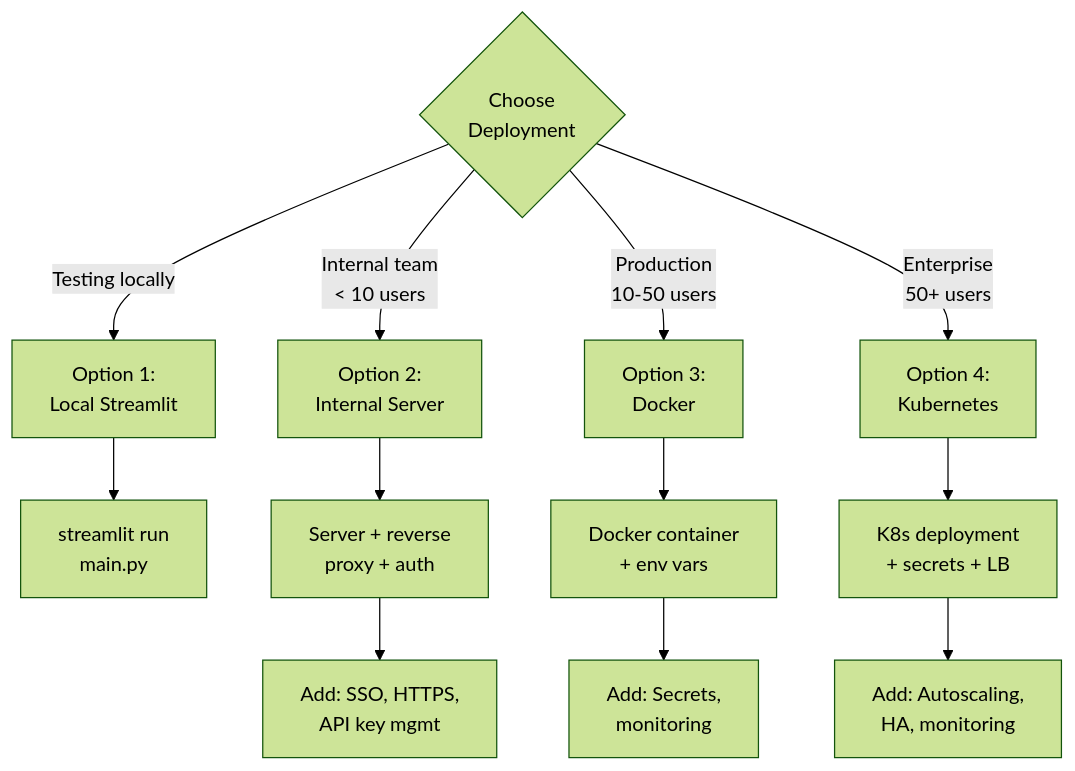
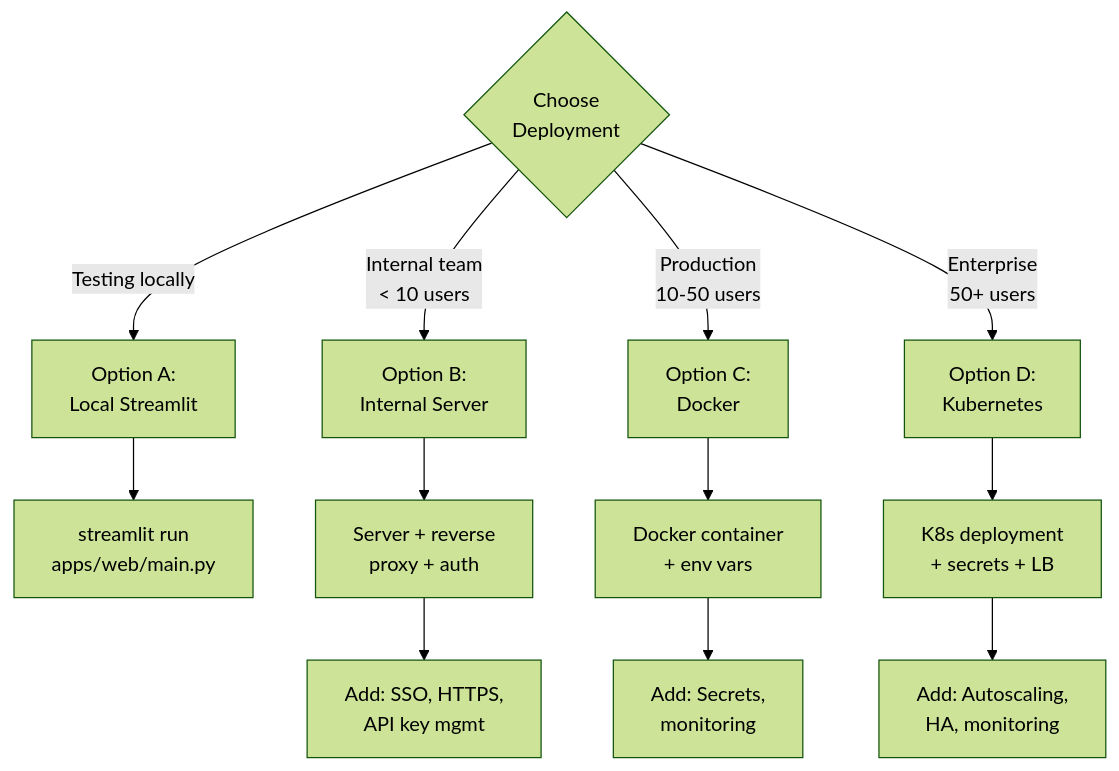
The seventh of 8 diagrams in docs/operationalization-guide.md (mrwadams/stride-gpt), drawn with Mermaid (forest theme) before and after one commit. The commit also changed other lines of this file and 16 other files, not shown here.

````diff
--- a/docs/operationalization-guide.md
+++ b/docs/operationalization-guide.md
@@ -292,18 +509,18 @@
 ```mermaid
 graph TD
     Start{Choose<br/>Deployment}
 
-    Start -->|Testing locally| D1[Option 1:<br/>Local Streamlit]
-    Start -->|Internal team<br/>< 10 users| D2[Option 2:<br/>Internal Server]
-    Start -->|Production<br/>10-50 users| D3[Option 3:<br/>Docker]
-    Start -->|Enterprise<br/>50+ users| D4[Option 4:<br/>Kubernetes]
+    Start -->|Testing locally| D1[Option A:<br/>Local Streamlit]
+    Start -->|Internal team<br/>< 10 users| D2[Option B:<br/>Internal Server]
+    Start -->|Production<br/>10-50 users| D3[Option C:<br/>Docker]
+    Start -->|Enterprise<br/>50+ users| D4[Option D:<br/>Kubernetes]
 
-    D1 --> E1[streamlit run<br/>main.py]
+    D1 --> E1[streamlit run<br/>apps/web/main.py]
     D2 --> E2[Server + reverse<br/>proxy + auth]
     D3 --> E3[Docker container<br/>+ env vars]
     D4 --> E4[K8s deployment<br/>+ secrets + LB]
 
     E2 --> F2[Add: SSO, HTTPS,<br/>API key mgmt]
     E3 --> F3[Add: Secrets,<br/>monitoring]
     E4 --> F4[Add: Autoscaling,<br/>HA, monitoring]
 ```
````
